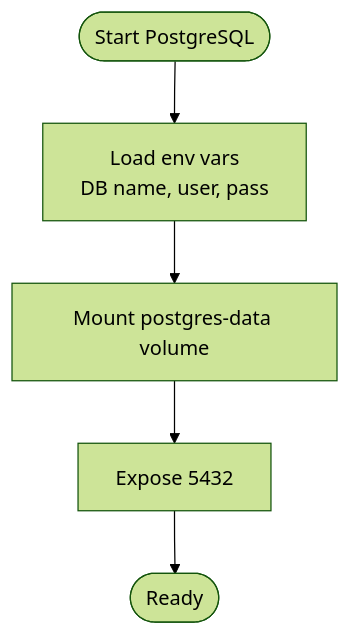
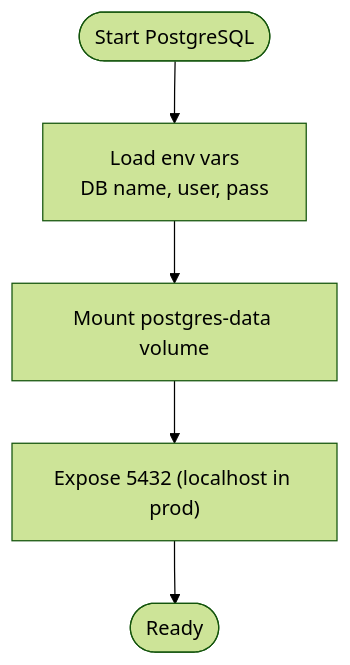
One commit to FCS-WP/website_portal changed the sixth of 10 diagrams in .qoder/repowiki/en/content/Deployment & Operations/Docker Deployment.md. Above: the diagram before and after it, drawn with Mermaid (forest theme). The commit also changed other lines of this file and 30 other files, not shown here.

````diff
--- a/.qoder/repowiki/en/content/Deployment & Operations/Docker Deployment.md
+++ b/.qoder/repowiki/en/content/Deployment & Operations/Docker Deployment.md
@@ -239,7 +302,7 @@
 ```mermaid
 flowchart TD
 Start(["Start PostgreSQL"]) --> InitEnv["Load env vars<br/>DB name, user, pass"]
 InitEnv --> MountVol["Mount postgres-data volume"]
-MountVol --> ExposePort["Expose 5432"]
+MountVol --> ExposePort["Expose 5432 (localhost in prod)"]
 ExposePort --> Ready(["Ready"])
 ```
````
